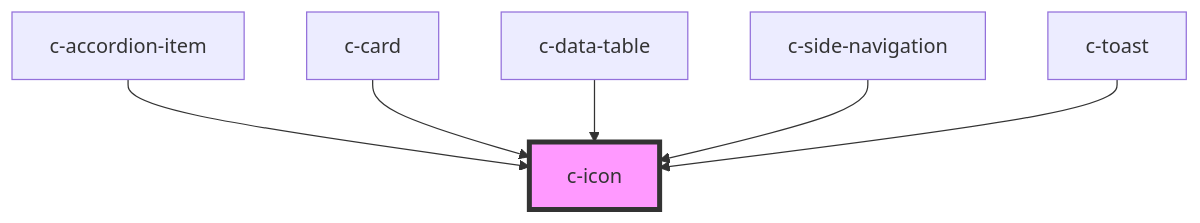
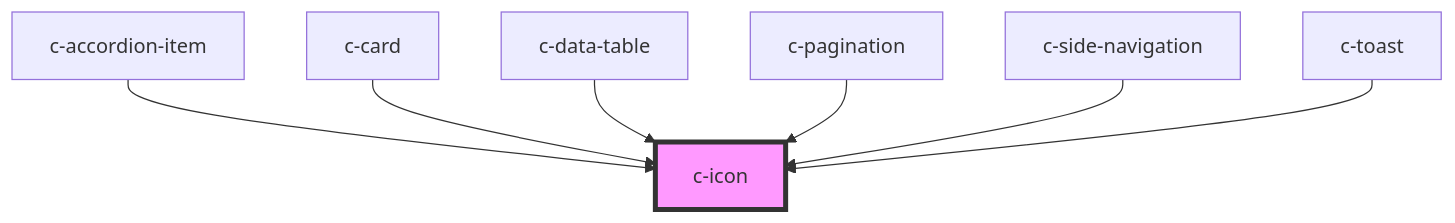
One commit to CSCfi/csc-ui changed the diagram in src/components/c-icon/readme.md. Above: the diagram before and after it, drawn with Mermaid. The commit also changed other lines of this file and 3 other files, not shown here.

Commit message:
use c-icon in pagination

````diff
--- a/src/components/c-icon/readme.md
+++ b/src/components/c-icon/readme.md
@@ -28,9 +29,10 @@
 ```mermaid
 graph TD;
   c-accordion-item --> c-icon
   c-card --> c-icon
   c-data-table --> c-icon
+  c-pagination --> c-icon
   c-side-navigation --> c-icon
   c-toast --> c-icon
   style c-icon fill:#f9f,stroke:#333,stroke-width:4px
 ```
````
